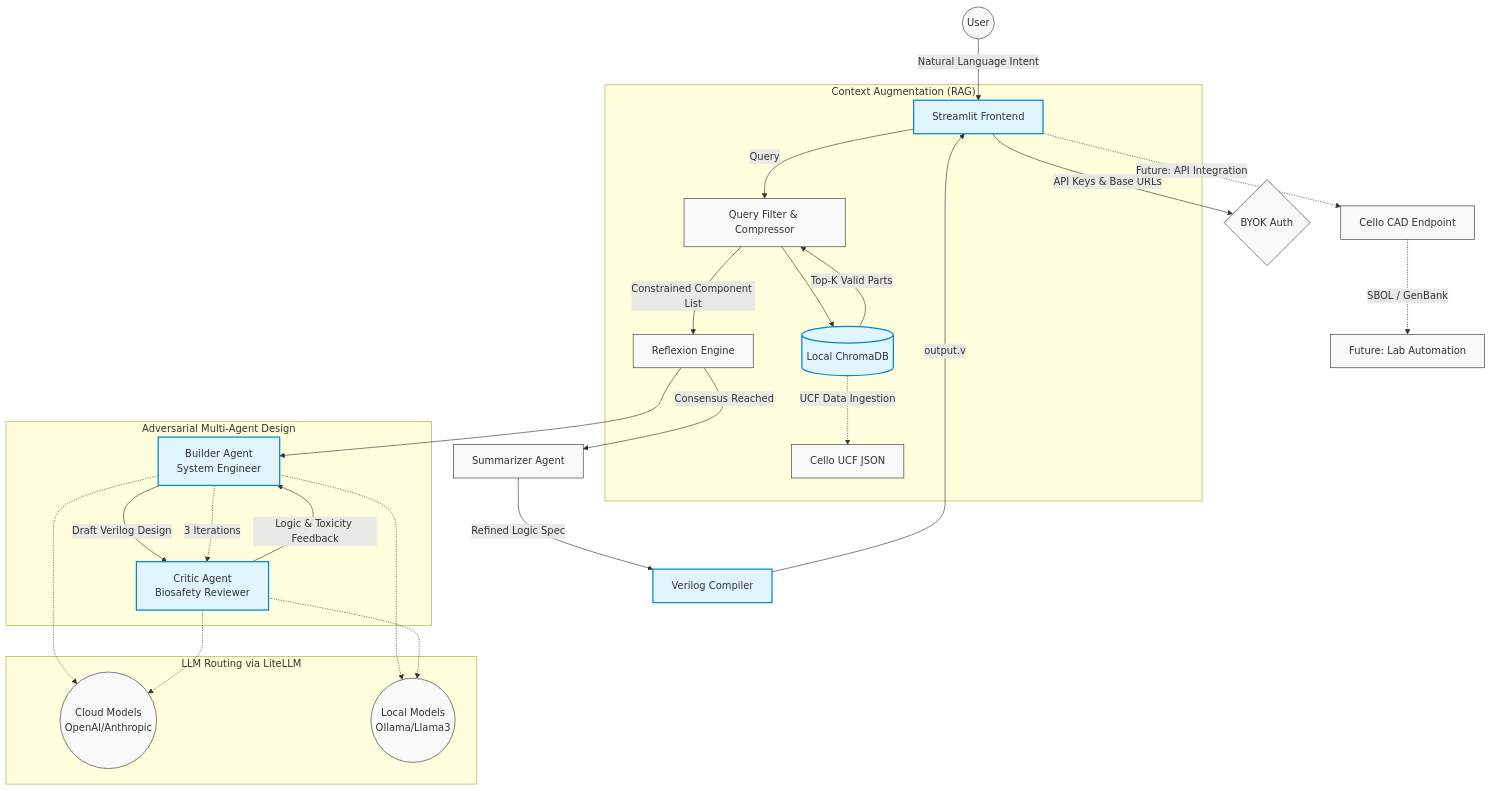
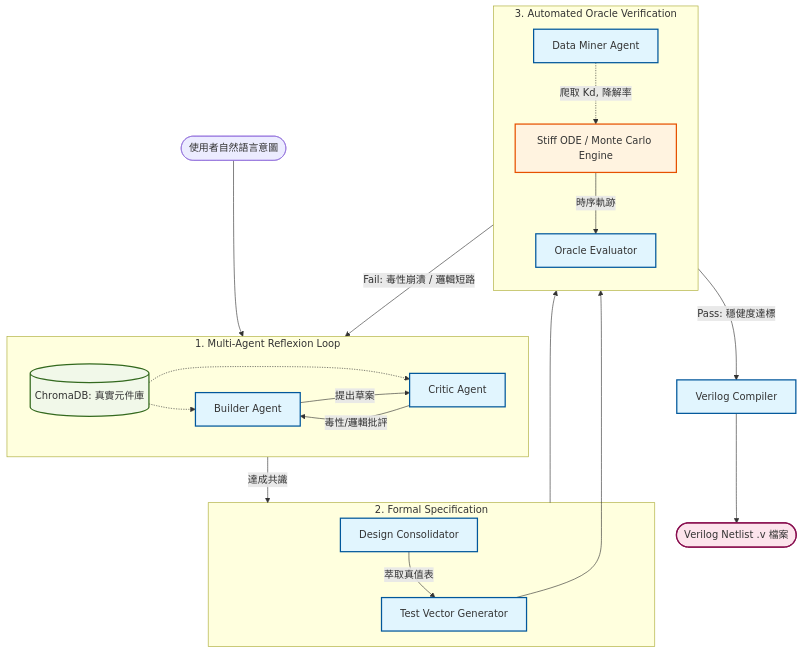
Before and after one commit to yehray1230/LLM-Cello-BioDrive-An-Automated-Genetic-Circuit-Design-Verification-Framework: the diagram in README.md, drawn with Mermaid. The commit also changed other lines of this file, not shown here.

````diff
--- a/README.md
+++ b/README.md
@@ -94,44 +54,50 @@
 ```mermaid
-graph TD
-    %% User Input Section
-    User((User)) -->|Natural Language Intent| UI[Streamlit Frontend]
-    UI -->|API Keys & Base URLs| Auth{BYOK Auth}
+flowchart TB
+    %% 定義全局樣式
+    classDef agent fill:#e1f5fe,stroke:#01579b,stroke-width:2px;
+    classDef engine fill:#fff3e0,stroke:#e65100,stroke-width:2px;
+    classDef data fill:#f1f8e9,stroke:#33691e,stroke-width:2px;
+    classDef output fill:#fce4ec,stroke:#880e4f,stroke-width:2px;
 
-    %% RAG & Database Section
-    subgraph RAG_Section ["Context Augmentation (RAG)"]
-        UI -->|Query| Retriever[Query Filter & Compressor]
-        Retriever --> DB[(Local ChromaDB)]
-        DB -.->|UCF Data Ingestion| CelloData[Cello UCF JSON]
-        DB -->|Top-K Valid Parts| Retriever
-        Retriever -->|Constrained Component List| DebateCore
+    %% 外部輸入
+    U([使用者自然語言意圖]) --> Reflexion_Loop
+
+    %% 模組 1：多智能體對抗迴圈
+    subgraph Reflexion_Loop [1. Multi-Agent Reflexion Loop]
+        direction LR
+        RAG[(ChromaDB: 真實元件庫)] -.-> B
+        RAG -.-> C
+        B[Builder Agent] -->|提出草案| C[Critic Agent]
+        C -->|毒性/邏輯批評| B
     end
+    class B,C agent
+    class RAG data
 
-    %% Core Multi-Agent Section
-    subgraph MultiAgent_Section ["Adversarial Multi-Agent Design"]
-        DebateCore[Reflexion Engine] --> Builder[Builder Agent<br>System Engineer]
-        Builder -->|Draft Verilog Design| Critic[Critic Agent<br>Biosafety Reviewer]
-        Critic -->|Logic & Toxicity Feedback| Builder
-        Builder -.->|3 Iterations| Critic
+    %% 模組 2：規格形式化
+    subgraph Formalization [2. Formal Specification]
+        DC[Design Consolidator] -->|萃取真值表| TV[Test Vector Generator]
     end
+    class DC,TV agent
 
-    %% LLM Routing
-    subgraph Routing_Section ["LLM Routing via LiteLLM"]
-        Builder -.-> Route1((Cloud Models<br>OpenAI/Anthropic))
-        Critic -.-> Route1
-        Builder -.-> Route2((Local Models<br>Ollama/Llama3))
-        Critic -.-> Route2
+    Reflexion_Loop -->|達成共識| Formalization
+
+    %% 模組 3：動力學模擬與驗證
+    subgraph Verification [3. Automated Oracle Verification]
+        direction TB
+        DM[Data Miner Agent] -.->|爬取 Kd, 降解率| ODE
+        TV --> ODE[Stiff ODE / Monte Carlo Engine]
+        ODE -->|時序軌跡| OE[Oracle Evaluator]
     end
+    class DM,OE agent
+    class ODE engine
 
-    %% Output Generation
-    DebateCore -->|Consensus Reached| Summarizer[Summarizer Agent]
-    Summarizer -->|Refined Logic Spec| Compiler[Verilog Compiler]
-    Compiler -->|output.v| UI
+    Formalization --> Verification
+
+    %% 決策與輸出
+    OE -->|Fail: 毒性崩潰 / 邏輯短路| Reflexion_Loop
+    OE -->|Pass: 穩健度達標| VC[Verilog Compiler]
     
-    %% Future Expansions
-    UI -.->|Future: API Integration| Cello[Cello CAD Endpoint]
-    Cello -.->|SBOL / GenBank| Automation[Future: Lab Automation]
-
-    classDef default fill:#f9f9f9,stroke:#333,stroke-width:1px;
-    classDef highlight fill:#e1f5fe,stroke:#0288d1,stroke-width:2px;
-    class UI,DB,Builder,Critic,Compiler highlight;
+    VC --> Netlist([Verilog Netlist .v 檔案])
+    class VC agent
+    class Netlist output
 ```
````
